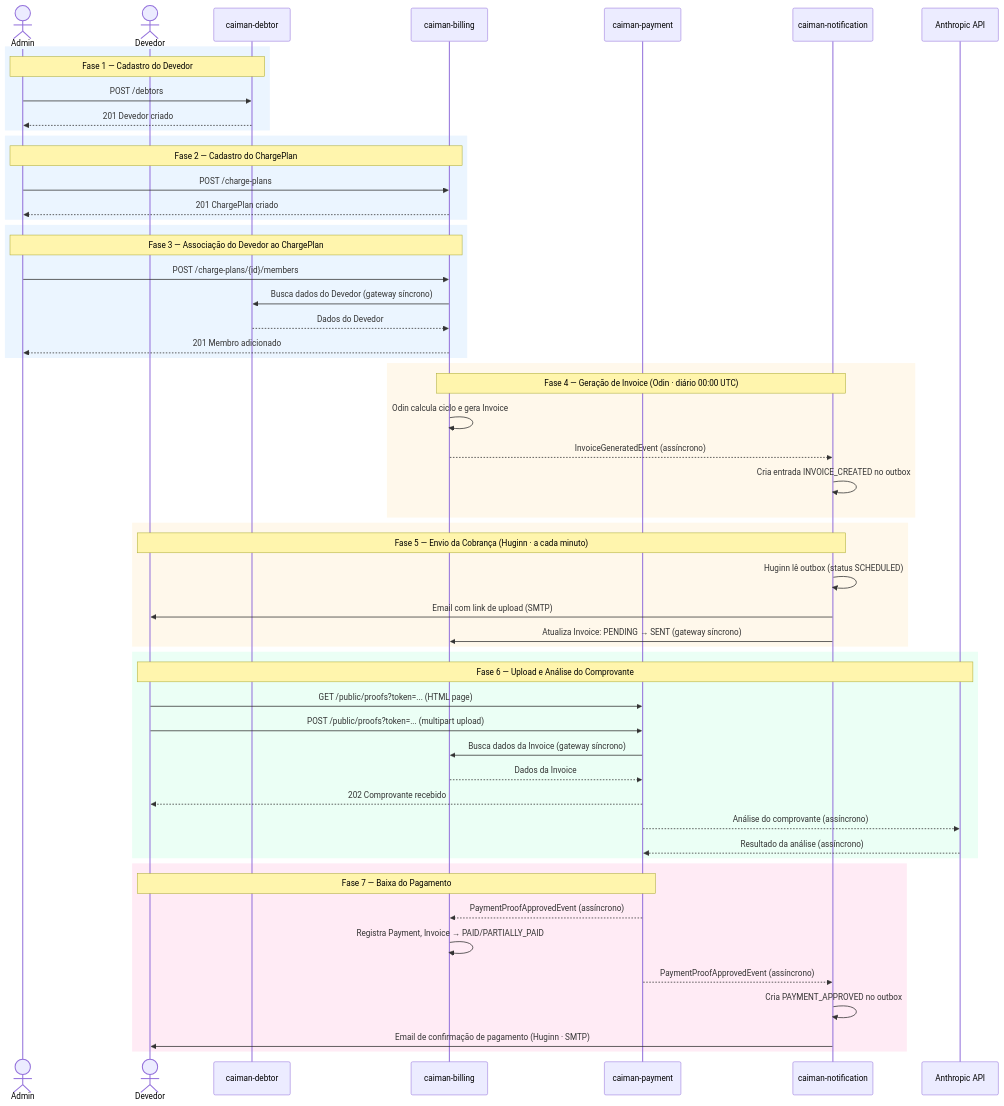
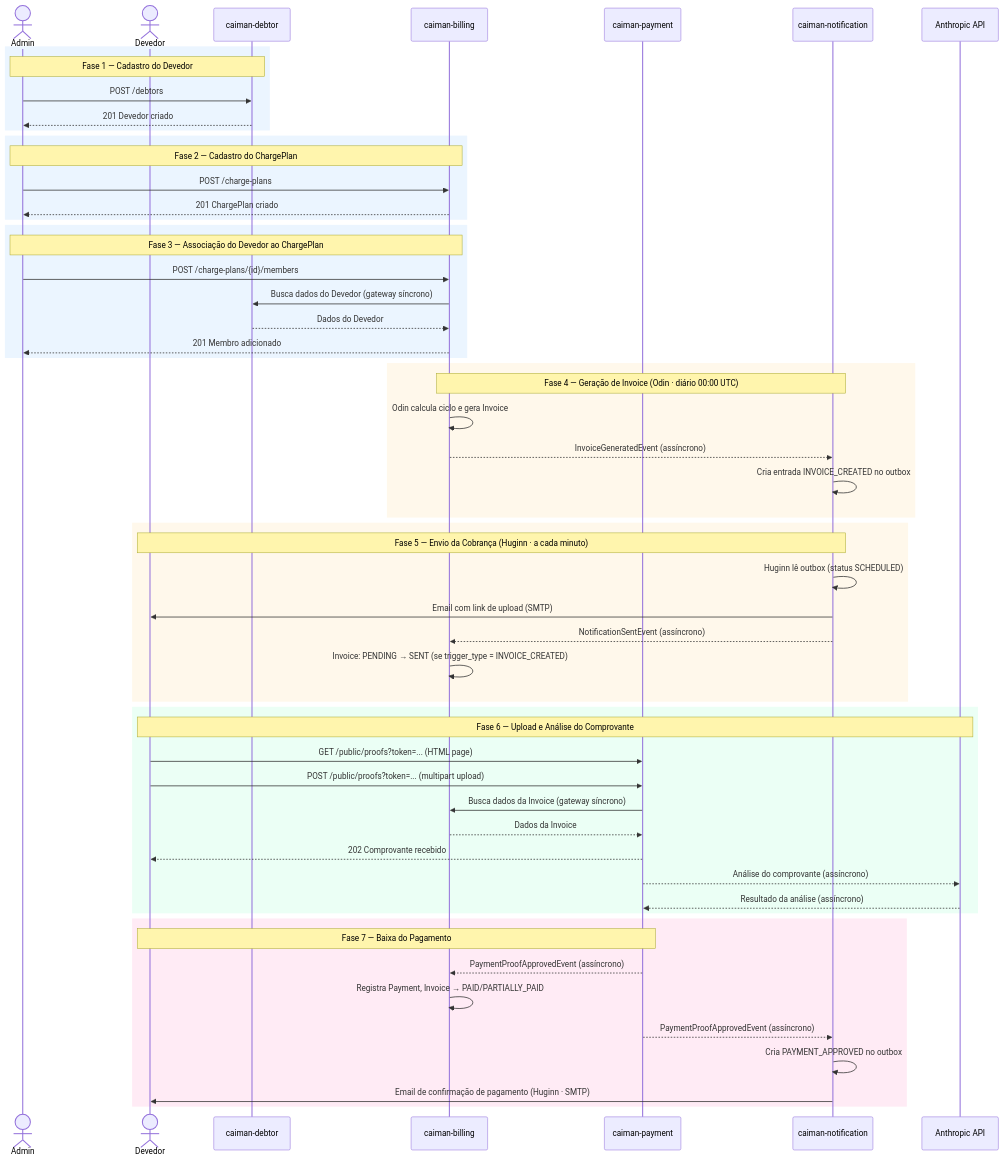
Before and after one commit to UnDer-7/caiman-server: the diagram in docs/MODULE_FLOW.md, drawn with Mermaid. The commit also changed other lines of this file and 15 other files, not shown here.

Commit message:
notification internal event

````diff
--- a/docs/MODULE_FLOW.md
+++ b/docs/MODULE_FLOW.md
@@ -11,65 +11,66 @@
 ```mermaid
 sequenceDiagram
     actor Admin
     actor Debtor as Devedor
 
     participant DB as caiman-debtor
     participant BI as caiman-billing
     participant PA as caiman-payment
     participant NO as caiman-notification
     participant AI as Anthropic API
 
     rect rgb(235, 245, 255)
         Note over Admin,DB: Fase 1 — Cadastro do Devedor
         Admin->>DB: POST /debtors
         DB-->>Admin: 201 Devedor criado
     end
 
     rect rgb(235, 245, 255)
         Note over Admin,BI: Fase 2 — Cadastro do ChargePlan
         Admin->>BI: POST /charge-plans
         BI-->>Admin: 201 ChargePlan criado
     end
 
     rect rgb(235, 245, 255)
         Note over Admin,BI: Fase 3 — Associação do Devedor ao ChargePlan
         Admin->>BI: POST /charge-plans/{id}/members
         BI->>DB: Busca dados do Devedor (gateway síncrono)
         DB-->>BI: Dados do Devedor
         BI-->>Admin: 201 Membro adicionado
     end
 
     rect rgb(255, 248, 235)
         Note over BI,NO: Fase 4 — Geração de Invoice (Odin · diário 00:00 UTC)
         BI->>BI: Odin calcula ciclo e gera Invoice
         BI-->>NO: InvoiceGeneratedEvent (assíncrono)
         NO->>NO: Cria entrada INVOICE_CREATED no outbox
     end
 
     rect rgb(255, 248, 235)
         Note over NO,Debtor: Fase 5 — Envio da Cobrança (Huginn · a cada minuto)
         NO->>NO: Huginn lê outbox (status SCHEDULED)
         NO->>Debtor: Email com link de upload (SMTP)
-        NO->>BI: Atualiza Invoice: PENDING → SENT (gateway síncrono)
+        NO-->>BI: NotificationSentEvent (assíncrono)
+        BI->>BI: Invoice: PENDING → SENT (se trigger_type = INVOICE_CREATED)
     end
 
     rect rgb(235, 255, 245)
         Note over Debtor,AI: Fase 6 — Upload e Análise do Comprovante
         Debtor->>PA: GET /public/proofs?token=... (HTML page)
         Debtor->>PA: POST /public/proofs?token=... (multipart upload)
         PA->>BI: Busca dados da Invoice (gateway síncrono)
         BI-->>PA: Dados da Invoice
         PA-->>Debtor: 202 Comprovante recebido
         PA-->>AI: Análise do comprovante (assíncrono)
         AI-->>PA: Resultado da análise (assíncrono)
     end
 
     rect rgb(255, 235, 245)
         Note over PA,Debtor: Fase 7 — Baixa do Pagamento
         PA-->>BI: PaymentProofApprovedEvent (assíncrono)
         BI->>BI: Registra Payment, Invoice → PAID/PARTIALLY_PAID
         PA-->>NO: PaymentProofApprovedEvent (assíncrono)
         NO->>NO: Cria PAYMENT_APPROVED no outbox
         NO->>Debtor: Email de confirmação de pagamento (Huginn · SMTP)
     end
 ```
````
